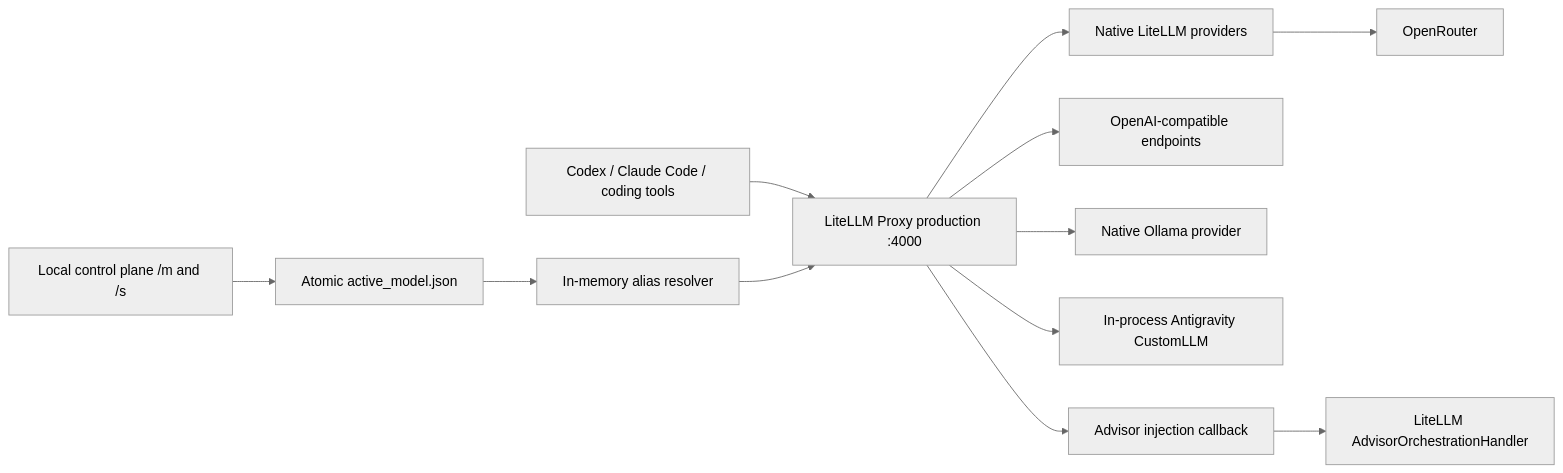
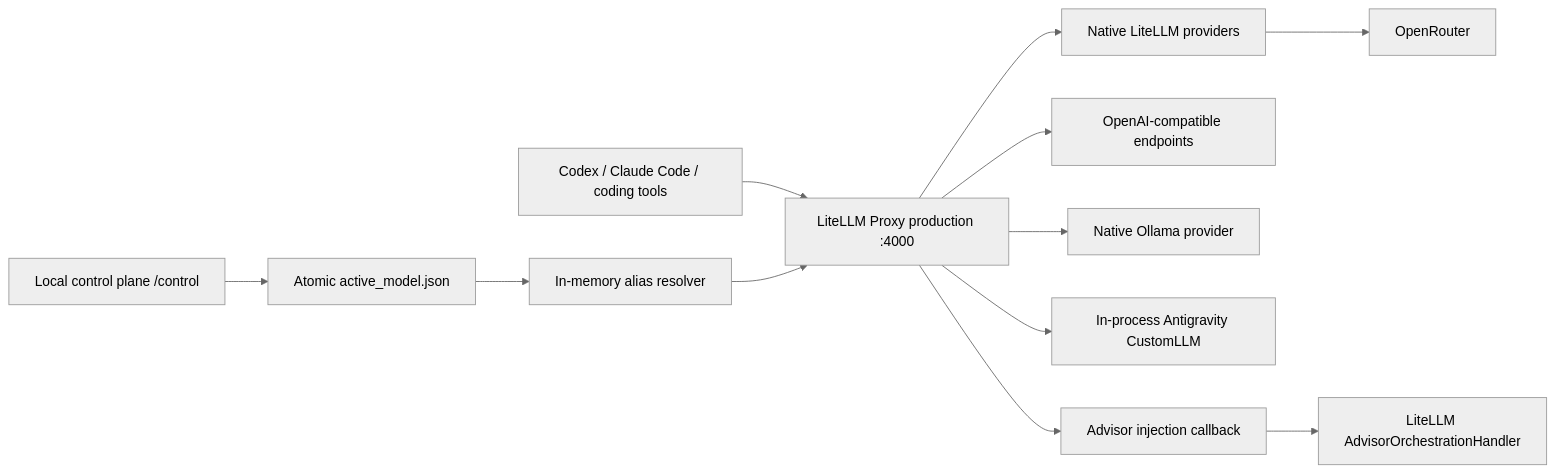
One commit to stancsz/subroute changed the diagram in docs/architecture.md. Above: the diagram before and after it, drawn with Mermaid (neutral theme). The commit also changed 20 other files, not shown here.

````diff
--- a/docs/architecture.md
+++ b/docs/architecture.md
@@ -3,14 +3,14 @@
 ```mermaid
 flowchart LR
     Clients[Codex / Claude Code / coding tools] --> Proxy[LiteLLM Proxy production :4000]
     Proxy --> Native[Native LiteLLM providers]
     Native --> OpenRouter[OpenRouter]
     Proxy --> Compatible[OpenAI-compatible endpoints]
     Proxy --> Ollama[Native Ollama provider]
     Proxy --> Antigravity[In-process Antigravity CustomLLM]
     Proxy --> Advisor[Advisor injection callback]
-    Control[Local control plane /m and /s] --> State[Atomic active_model.json]
+    Control[Local control plane /control] --> State[Atomic active_model.json]
     State --> Router[In-memory alias resolver]
     Router --> Proxy
     Advisor --> BuiltIn[LiteLLM AdvisorOrchestrationHandler]
 ```
````
